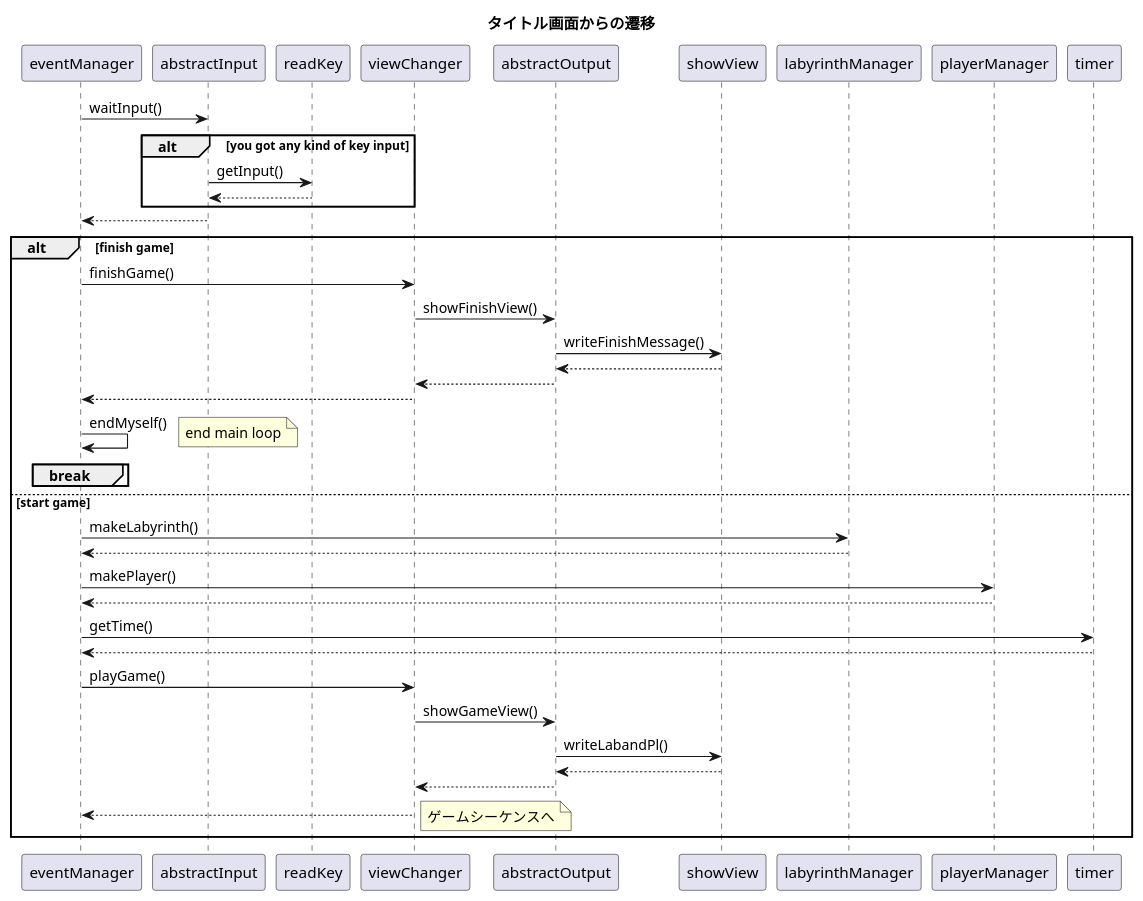
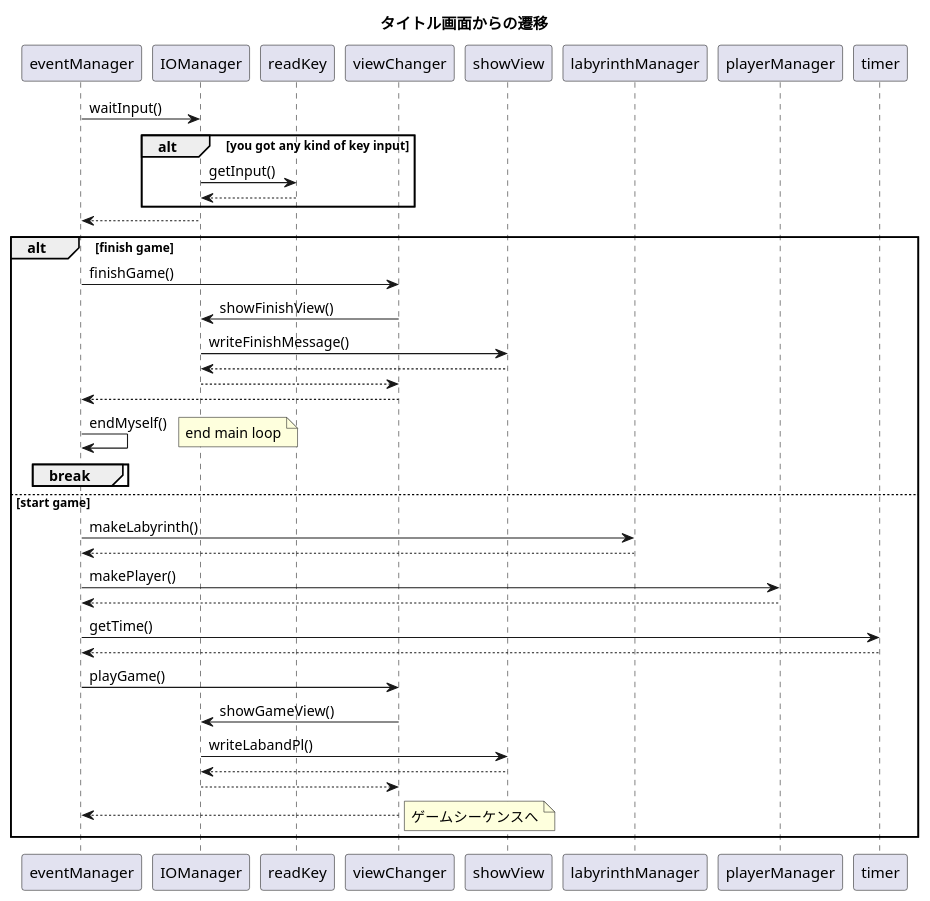
The diagram in S_startGame.pu (horiyoshihiro/LabyrinthGame), drawn with PlantUML before and after one commit. The commit also changed 14 other files, not shown here.

Commit message:
アクティビティ図の修正@コメダ

```diff
--- a/S_startGame.pu
+++ b/S_startGame.pu
@@ -1,50 +1,50 @@
 @startuml
 
 title タイトル画面からの遷移
 
-eventManager -> abstractInput : waitInput()
+eventManager -> IOManager : waitInput()
     alt you got any kind of key input
-        abstractInput -> readKey : getInput()
-        readKey --> abstractInput
+        IOManager -> readKey : getInput()
+        readKey --> IOManager
     end
-abstractInput --> eventManager
+IOManager --> eventManager
 
 alt finish game
     eventManager -> viewChanger : finishGame()
-        viewChanger -> abstractOutput : showFinishView()
-            abstractOutput -> showView : writeFinishMessage()
-            showView --> abstractOutput
-        abstractOutput --> viewChanger
+        viewChanger -> IOManager : showFinishView()
+            IOManager -> showView : writeFinishMessage()
+            showView --> IOManager
+        IOManager --> viewChanger
     viewChanger --> eventManager
     eventManager -> eventManager : endMyself()
     break
         note right
             end main loop
         end note
     end
 
 else start game
     eventManager -> labyrinthManager : makeLabyrinth()
     labyrinthManager --> eventManager
     
     eventManager -> playerManager : makePlayer()
     playerManager -->eventManager
 
     eventManager -> timer : getTime()
     timer --> eventManager
 
     eventManager -> viewChanger : playGame()
-        viewChanger -> abstractOutput : showGameView()
-            abstractOutput -> showView : writeLabandPl()
-            showView --> abstractOutput
-        abstractOutput --> viewChanger
+        viewChanger -> IOManager : showGameView()
+            IOManager -> showView : writeLabandPl()
+            showView --> IOManager
+        IOManager --> viewChanger
     viewChanger --> eventManager
 
     note right
         ゲームシーケンスへ
     end note
 
 end
 
 
 @enduml
```
